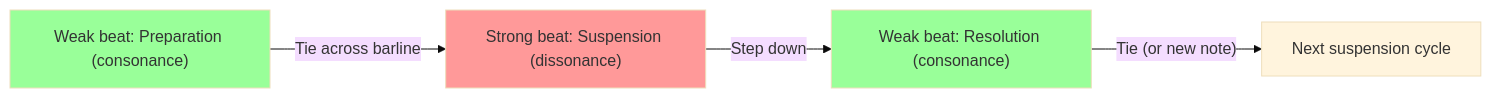
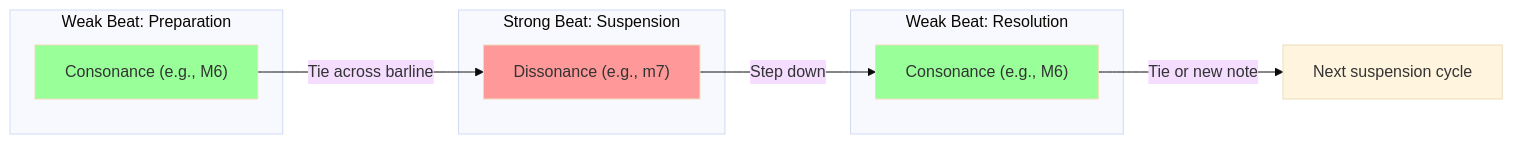
Before and after one commit to blebleblee/synapse: the third of 3 diagrams in topics/arts/composition/counterpoint/labs.md, drawn with Mermaid (base theme). The commit also changed other lines of this file and 4 other files, not shown here.

````diff
--- a/topics/arts/composition/counterpoint/labs.md
+++ b/topics/arts/composition/counterpoint/labs.md
@@ -240,9 +377,22 @@
 ```mermaid
 graph LR
-    A["Weak beat: Preparation (consonance)"] -->|"Tie across barline"| B["Strong beat: Suspension (dissonance)"]
-    B -->|"Step down"| C["Weak beat: Resolution (consonance)"]
-    C -->|"Tie (or new note)"| D["Next suspension cycle"]
+    subgraph sub_prep ["Weak Beat: Preparation"]
+        A["Consonance (e.g., M6)"]
+    end
+    
+    subgraph sub_susp ["Strong Beat: Suspension"]
+        B["Dissonance (e.g., m7)"]
+    end
+    
+    subgraph sub_res ["Weak Beat: Resolution"]
+        C["Consonance (e.g., M6)"]
+    end
+    
+    A -->|"Tie across barline"| B
+    B -->|"Step down"| C
+    C -->|"Tie or new note"| D["Next suspension cycle"]
+    
     style B fill:#ff9999
     style A fill:#99ff99
     style C fill:#99ff99
 ```
````
